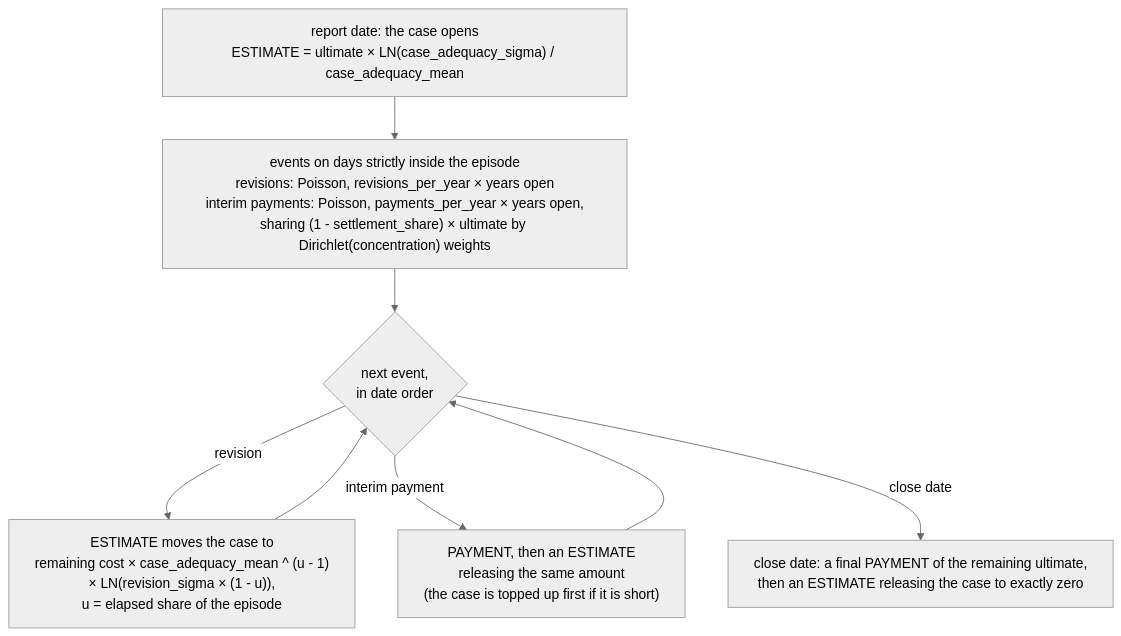
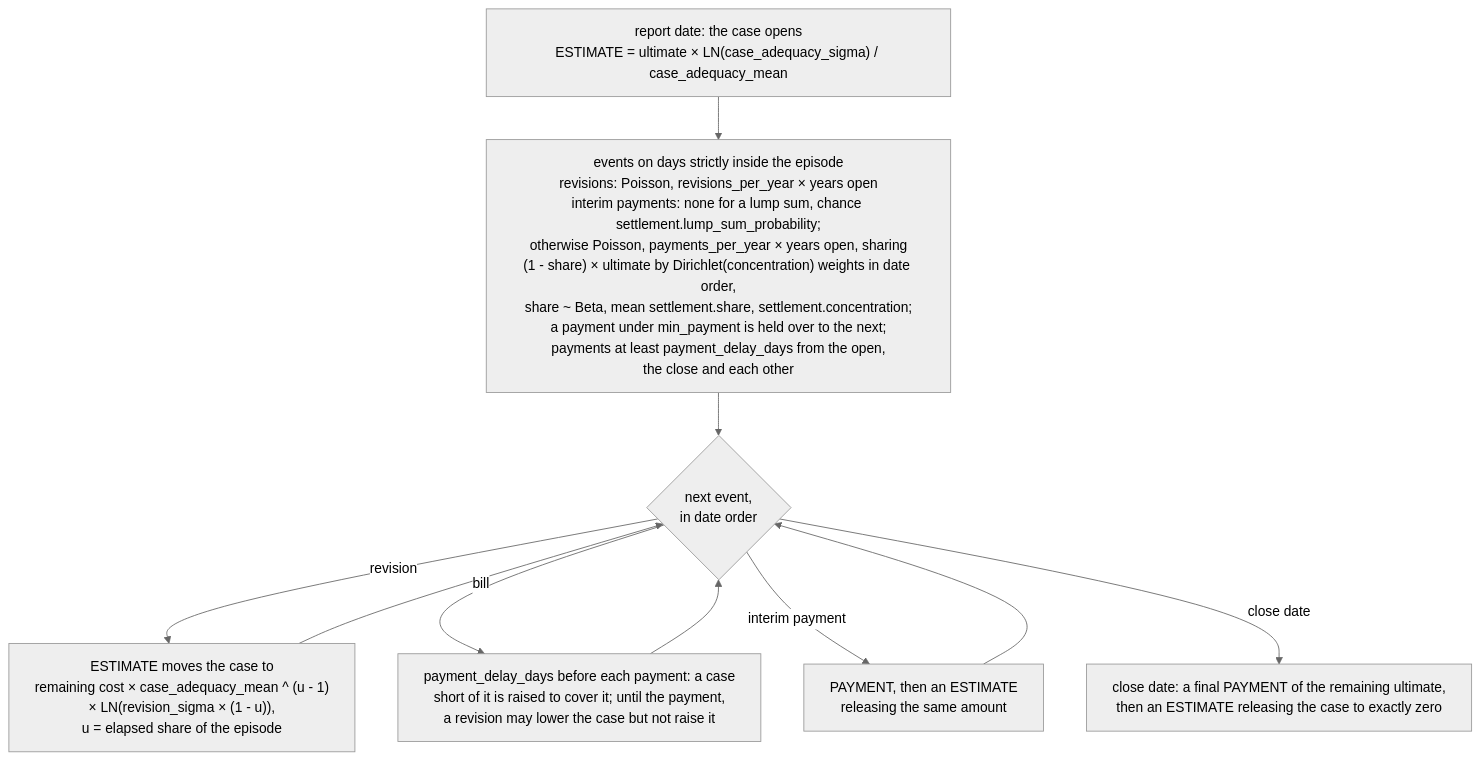
The sixth of 10 diagrams in README.md (le-marais/claims-data-generator), drawn with Mermaid (neutral theme) before and after one commit. The commit also changed other lines of this file and 28 other files, not shown here.

First line of the commit message:
Settle each claim by its section and pay no sooner than a payment delay after the case is raised (MR-19) (#34)

````diff
--- a/README.md
+++ b/README.md
@@ -220,14 +220,16 @@
 ```mermaid
 %%{init: {"flowchart": {"wrappingWidth": 480}}}%%
 flowchart TD
     opening["report date: the case opens<br/>ESTIMATE = ultimate × LN(case_adequacy_sigma) / case_adequacy_mean"]
-    events["events on days strictly inside the episode<br/>revisions: Poisson, revisions_per_year × years open<br/>interim payments: Poisson, payments_per_year × years open,<br/>sharing (1 - settlement_share) × ultimate by Dirichlet(concentration) weights"]
+    events["events on days strictly inside the episode<br/>revisions: Poisson, revisions_per_year × years open<br/>interim payments: none for a lump sum, chance settlement.lump_sum_probability;<br/>otherwise Poisson, payments_per_year × years open, sharing<br/>(1 - share) × ultimate by Dirichlet(concentration) weights in date order,<br/>share ~ Beta, mean settlement.share, settlement.concentration;<br/>a payment under min_payment is held over to the next;<br/>payments at least payment_delay_days from the open,<br/>the close and each other"]
     nextEvent{"next event,<br/>in date order"}
     revise["ESTIMATE moves the case to<br/>remaining cost × case_adequacy_mean ^ (u - 1)<br/>× LN(revision_sigma × (1 - u)),<br/>u = elapsed share of the episode"]
-    pay["PAYMENT, then an ESTIMATE<br/>releasing the same amount<br/>(the case is topped up first if it is short)"]
+    pay["PAYMENT, then an ESTIMATE<br/>releasing the same amount"]
+    bill["payment_delay_days before each payment: a case<br/>short of it is raised to cover it; until the payment,<br/>a revision may lower the case but not raise it"]
     settle["close date: a final PAYMENT of the remaining ultimate,<br/>then an ESTIMATE releasing the case to exactly zero"]
     opening --> events --> nextEvent
     nextEvent -- "revision" --> revise --> nextEvent
+    nextEvent -- "bill" --> bill --> nextEvent
     nextEvent -- "interim payment" --> pay --> nextEvent
     nextEvent -- "close date" --> settle
 ```
````
